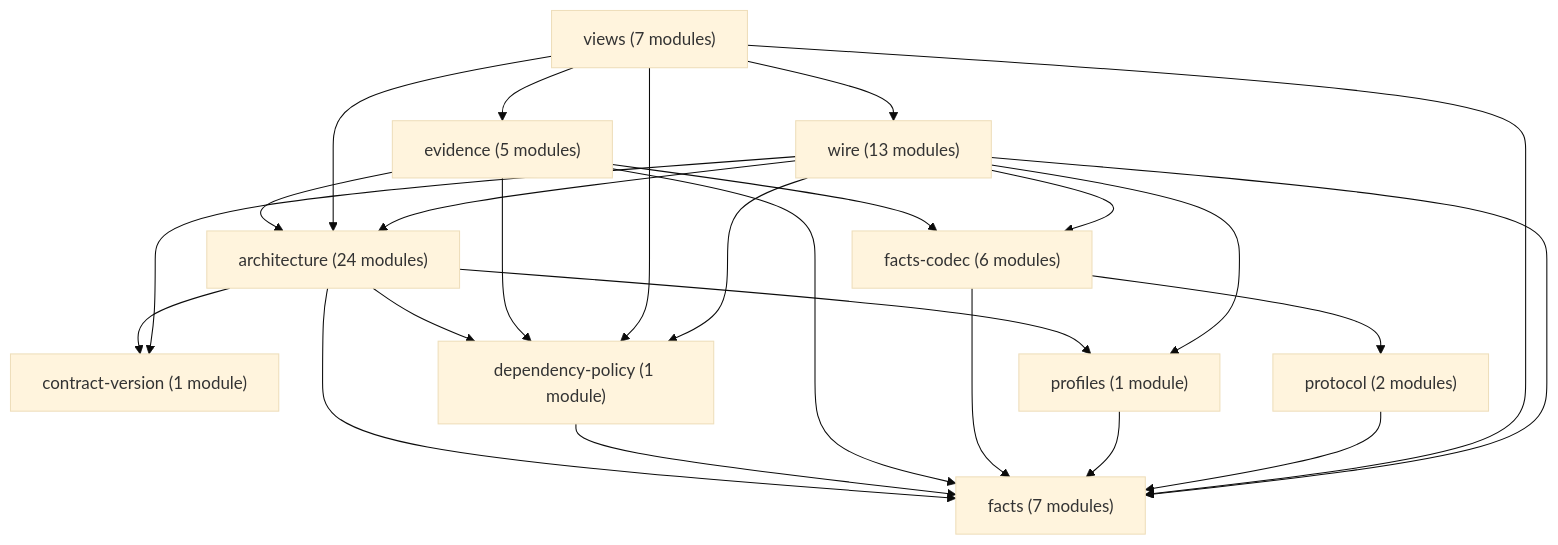
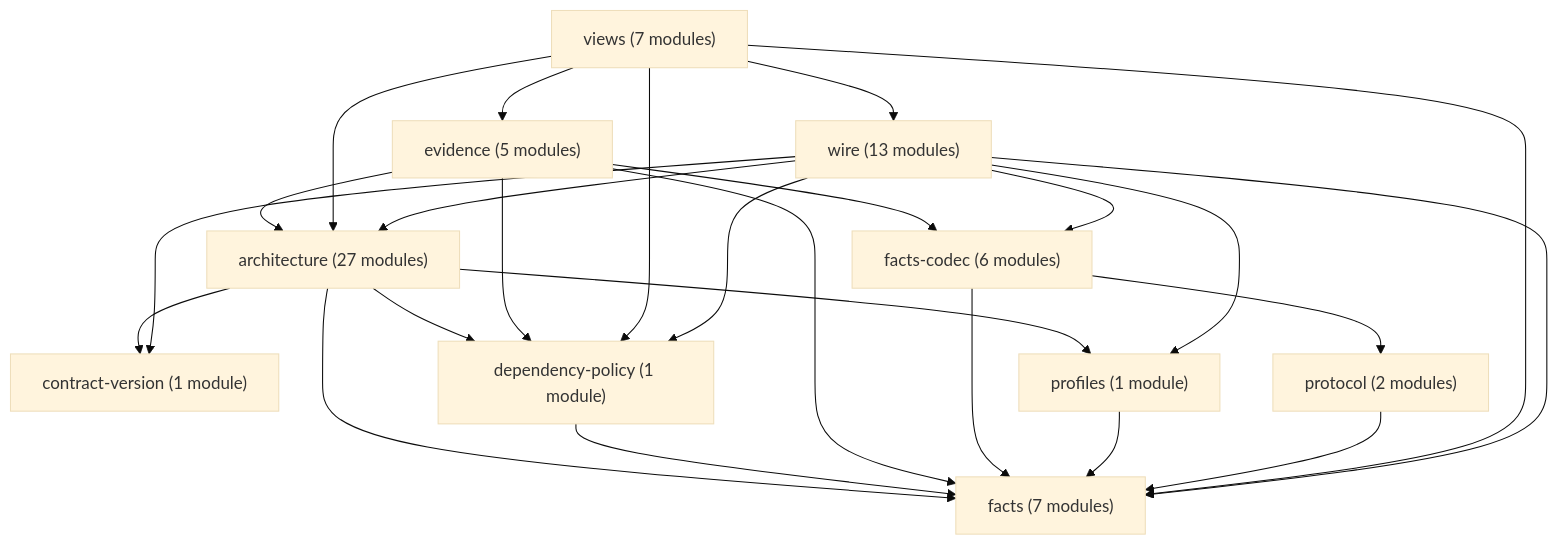
The diagram in docs/architecture/ir-owners.md (rapiddweller/archkeel), drawn with Mermaid (base theme) before and after one commit. The commit also changed other lines of this file and 8 other files, not shown here.

````diff
--- a/docs/architecture/ir-owners.md
+++ b/docs/architecture/ir-owners.md
@@ -35,37 +35,37 @@
 ```mermaid
 graph TD
-    n_0["architecture (24 modules)"]
+    n_0["architecture (27 modules)"]
     n_1["contract-version (1 module)"]
     n_2["dependency-policy (1 module)"]
     n_3["evidence (5 modules)"]
     n_4["facts (7 modules)"]
     n_5["facts-codec (6 modules)"]
     n_6["profiles (1 module)"]
     n_7["protocol (2 modules)"]
     n_8["views (7 modules)"]
     n_9["wire (13 modules)"]
     n_0 --> n_1
     n_0 --> n_2
     n_0 --> n_4
     n_0 --> n_6
     n_2 --> n_4
     n_3 --> n_0
     n_3 --> n_2
     n_3 --> n_4
     n_3 --> n_5
     n_5 --> n_4
     n_5 --> n_7
     n_6 --> n_4
     n_7 --> n_4
     n_8 --> n_0
     n_8 --> n_2
     n_8 --> n_3
     n_8 --> n_4
     n_8 --> n_9
     n_9 --> n_0
     n_9 --> n_1
     n_9 --> n_2
     n_9 --> n_4
     n_9 --> n_5
     n_9 --> n_6
 ```
````
